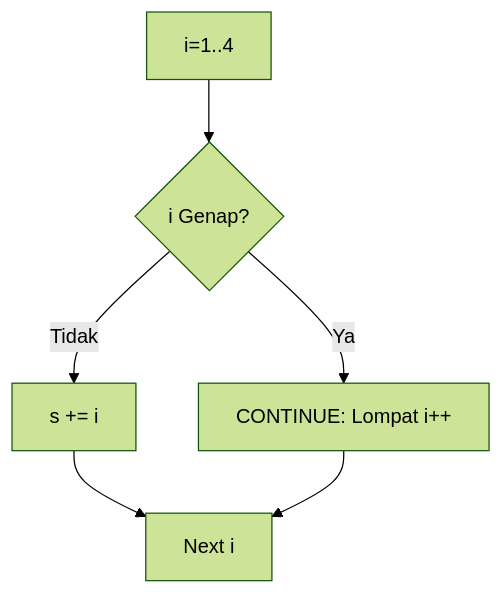
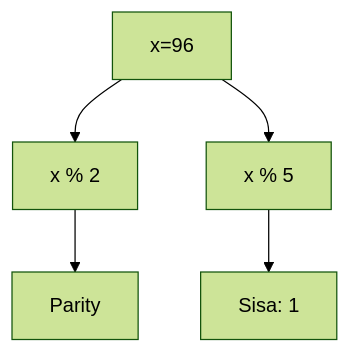
Before and after one commit to amnahwaida/OSNK_INF_PREP: the fifth of 25 diagrams in part-c-pemahaman-cpp/03-perulangan/latihan/set-09.md, drawn with Mermaid (forest theme). The commit also changed other lines of this file and 71 other files, not shown here.

````diff
--- a/part-c-pemahaman-cpp/03-perulangan/latihan/set-09.md
+++ b/part-c-pemahaman-cpp/03-perulangan/latihan/set-09.md
@@ -58,8 +143,7 @@
 ```mermaid
 graph TD
-    A[i=1..4] --> B{i Genap?}
-    B -- Ya --> C[CONTINUE: Lompat i++]
-    B -- Tidak --> D[s += i]
-    D --> E[Next i]
-    C --> E
+A[x=96] --> B[x % 2]
+B --> C[Parity]
+A --> D[x % 5]
+D --> E[Sisa: 1]
 ```
````
